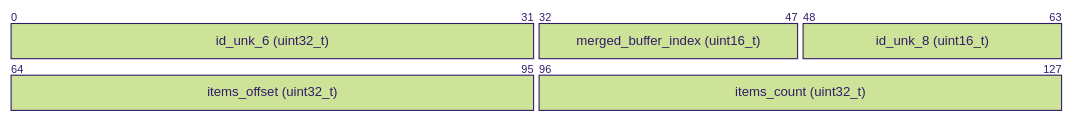
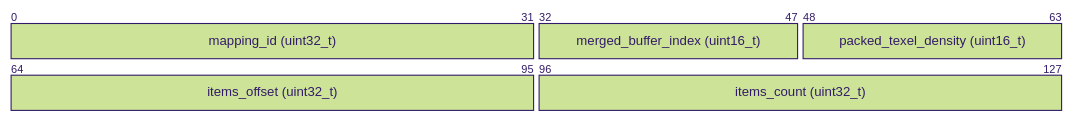
Before and after one commit to wows-tools/wows-geometry: the second of 4 diagrams in FORMAT.md, drawn with Mermaid. The commit also changed other lines of this file, not shown here.

````diff
--- a/FORMAT.md
+++ b/FORMAT.md
@@ -63,9 +63,9 @@
 ```mermaid
 %%{init: { 'theme': 'forest', 'config': {'bitsPerRow': 64, 'bitWidth': 15}}}%%
 packet-beta
-0-31: "id_unk_6 (uint32_t)"
+0-31: "mapping_id (uint32_t)"
 32-47: "merged_buffer_index (uint16_t)"
-48-63: "id_unk_8 (uint16_t)"
+48-63: "packed_texel_density (uint16_t)"
 64-95: "items_offset (uint32_t)"
 96-127: "items_count (uint32_t)"
 ```
````
